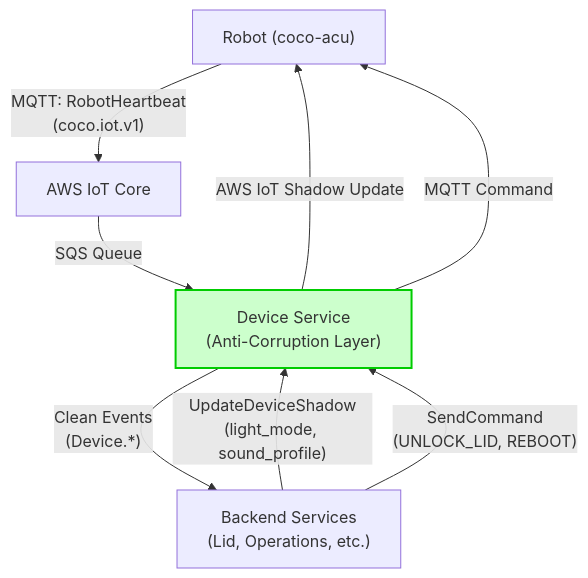
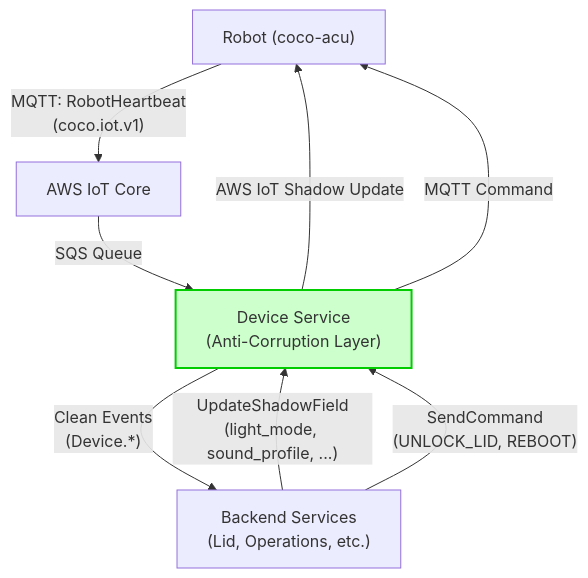
The diagram in designs/Device API Redesign - Robot Software Team.md (jeremieshaker-coco/obsidian), drawn with Mermaid before and after one commit. The commit also changed other lines of this file and 63 other files, not shown here.

````diff
--- a/designs/Device API Redesign - Robot Software Team.md
+++ b/designs/Device API Redesign - Robot Software Team.md
@@ -29,20 +69,20 @@
 ```mermaid
 flowchart TB
     Robot["Robot (coco-acu)"]
     IoT["AWS IoT Core"]
     DeviceService["Device Service<br/>(Anti-Corruption Layer)"]
     Backend["Backend Services<br/>(Lid, Operations, etc.)"]
 
     Robot -->|"MQTT: RobotHeartbeat<br/>(coco.iot.v1)"| IoT
     IoT -->|SQS Queue| DeviceService
     DeviceService -->|"Clean Events<br/>(Device.*)"| Backend
 
-    Backend -->|"UpdateDeviceShadow<br/>(light_mode, sound_profile)"| DeviceService
+    Backend -->|"UpdateShadowField<br/>(light_mode, sound_profile, ...)"| DeviceService
     DeviceService -->|"AWS IoT Shadow Update"| Robot
 
     Backend -->|"SendCommand<br/>(UNLOCK_LID, REBOOT)"| DeviceService
     DeviceService -->|"MQTT Command"| Robot
 
     style DeviceService fill:#ccffcc,stroke:#00cc00,stroke-width:2px
 
 ```
````
